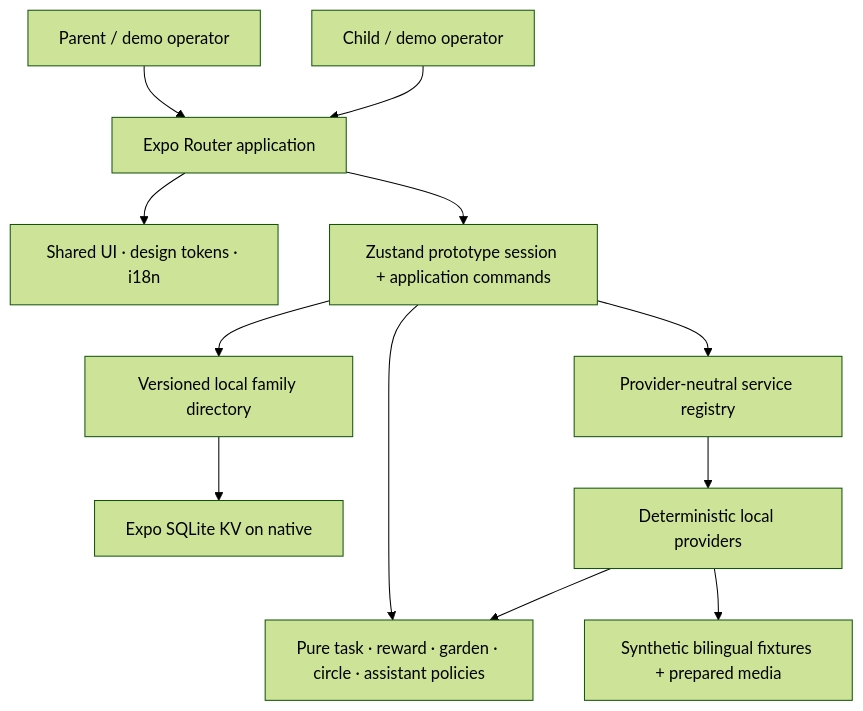
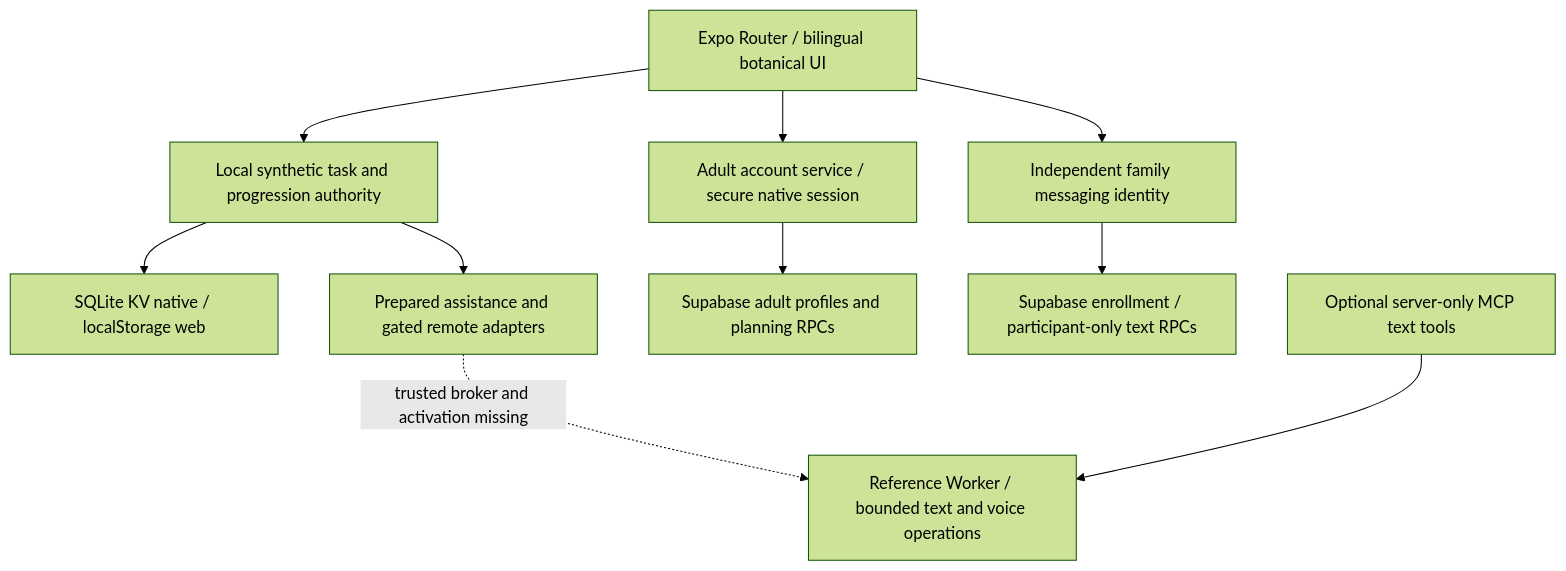
Before and after one commit to abdalrahman-ismaik/Ghaf: the diagram in docs/architecture/ARCHITECTURE.md, drawn with Mermaid (forest theme). The commit also changed other lines of this file and 14 other files, not shown here.

````diff
--- a/docs/architecture/ARCHITECTURE.md
+++ b/docs/architecture/ARCHITECTURE.md
@@ -20,26 +26,20 @@
 ```mermaid
 flowchart TB
-  Parent[Parent / demo operator]
-  Child[Child / demo operator]
-  App[Expo Router application]
-  UI[Shared UI · design tokens · i18n]
-  Store[Zustand prototype session + application commands]
-  Directory[Versioned local family directory]
-  SQLite[Expo SQLite KV on native]
-  Policies[Pure task · reward · garden · circle · assistant policies]
-  Registry[Provider-neutral service registry]
-  Mock[Deterministic local providers]
-  Fixtures[Synthetic bilingual fixtures + prepared media]
-
-  Parent --> App
-  Child --> App
-  App --> UI
-  App --> Store
-  Store --> Directory
-  Directory --> SQLite
-  Store --> Policies
-  Store --> Registry
-  Registry --> Mock
-  Mock --> Policies
-  Mock --> Fixtures
+  App[Expo Router / bilingual botanical UI]
+  Local[Local synthetic task and progression authority]
+  KV[SQLite KV native / localStorage web]
+  Adults[Adult account service / secure native session]
+  AdultDB[Supabase adult profiles and planning RPCs]
+  Messages[Independent family messaging identity]
+  MessageDB[Supabase enrollment / participant-only text RPCs]
+  AI[Prepared assistance and gated remote adapters]
+  Gateway[Reference Worker / bounded text and voice operations]
+  MCP[Optional server-only MCP text tools]
+  App --> Local
+  Local --> KV
+  App --> Adults --> AdultDB
+  App --> Messages --> MessageDB
+  Local --> AI
+  AI -. trusted broker and activation missing .-> Gateway
+  MCP --> Gateway
 ```
````
